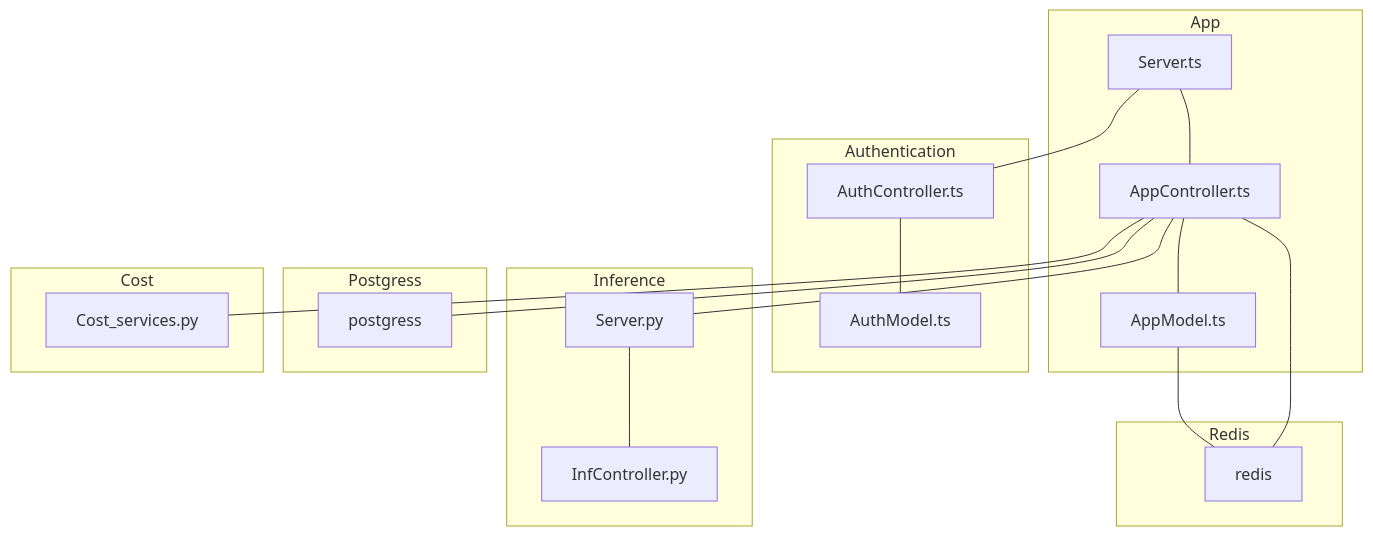
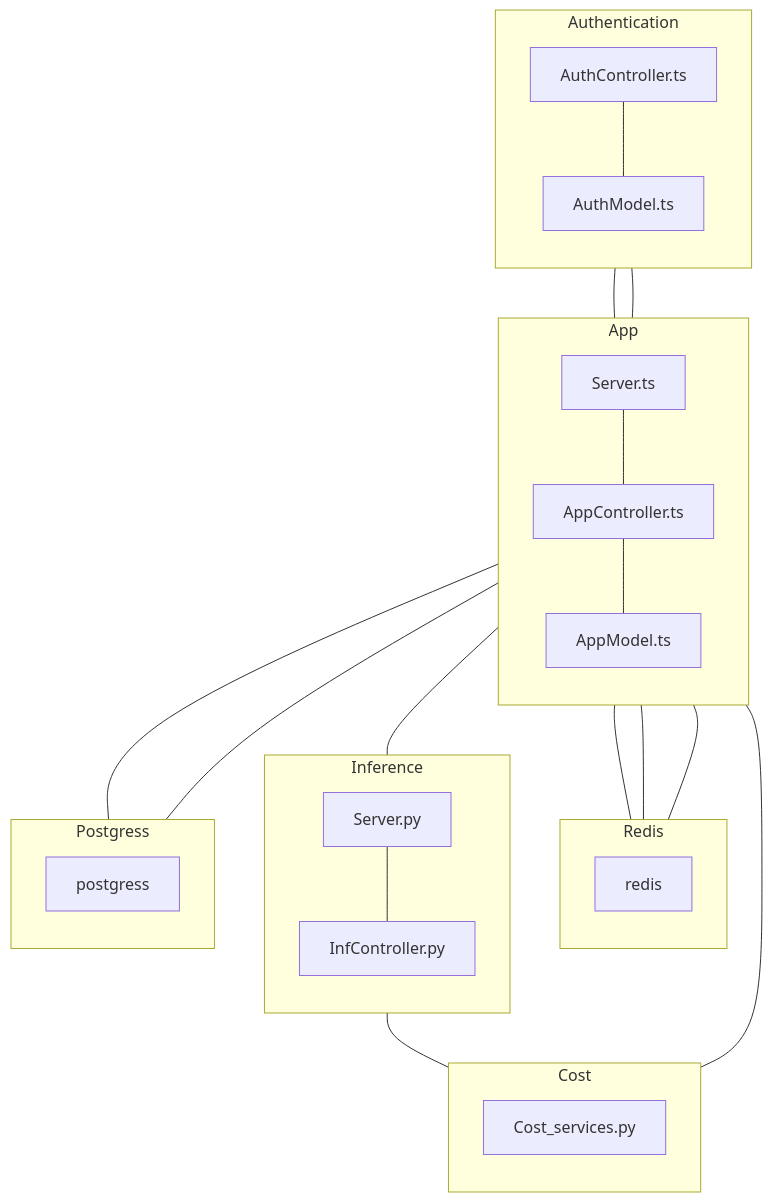
One commit to AgneseBruglia/PA2024 changed the second of 15 diagrams in README.md. Above: the diagram before and after it, drawn with Mermaid.

````diff
--- a/README.md
+++ b/README.md
@@ -30,40 +30,55 @@
 ```mermaid
-graph TB;
+graph TD;
+    %% Definizione dei subgraph
     subgraph App
+    direction TB
     Server.ts --- AppController.ts 
     AppController.ts 
     AppModel.ts 
     AppController.ts --- AppModel.ts
     end
 
     subgraph Redis
+    direction TB
     redis
     end
 
     subgraph Authentication
+    direction TB
     Server.ts --- AuthController.ts
     AuthController.ts 
     AuthModel.ts 
     AuthController.ts --- AuthModel.ts
     end
 
     subgraph Inference
+    direction TB
     Server.py --- InfController.py
     InfController.py
     end
 
     subgraph Postgress
+    direction TB
     postgress
     end
 
     subgraph Cost
+    direction TB
     Cost_services.py
     end
 
+    %% Connessioni esterne ai subgraph
     AppModel.ts --- redis
     AppController.ts --- postgress
     AppController.ts --- Server.py
     AppController.ts --- redis
     AppController.ts --- Cost_services.py
 
+    %% Posizionamento per ridurre sovrapposizioni
+    Server.ts --- postgress
+    Server.ts --- redis
+    AuthController.ts --- AppController.ts
+    InfController.py --- Cost_services.py
+
+
 ```
````
